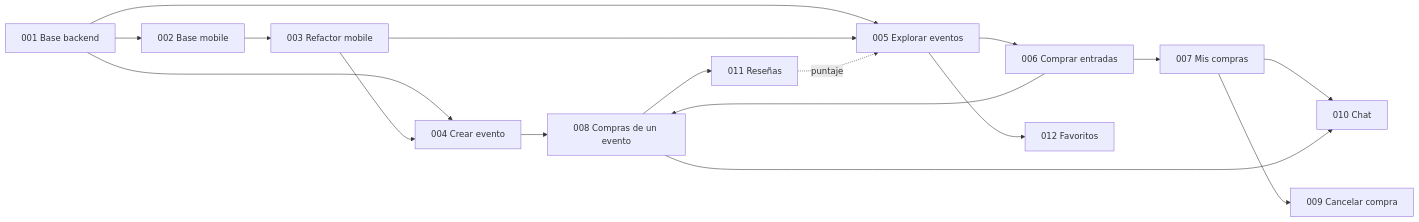
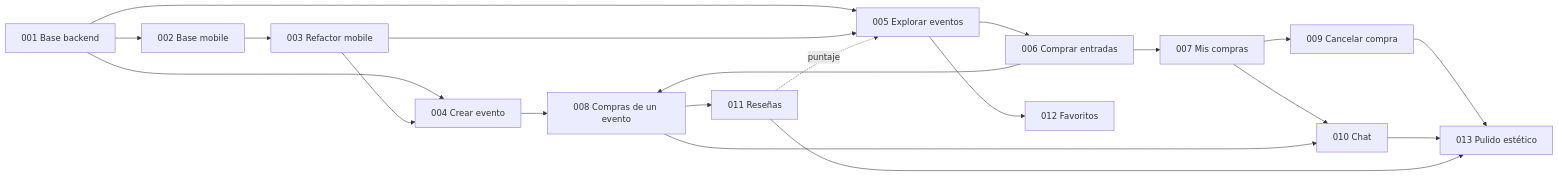
One commit to bdasilvabarata/ai-ticket-it changed the diagram in docs/backlog.md. Above: the diagram before and after it, drawn with Mermaid. The commit also changed other lines of this file and 1 other file, not shown here.

Commit message:
docs(003-refactor-mobile): cómo trabajar la estética de 004 en adelante
- Skill nueva-pantalla: boceto opcional en v0 (solo distribución, sin copiar
  código ni estilos), uso de primario/marca, colores de estados de compra con
  su etiqueta y el componente Logo; el pulido visual no va por pantalla.
- Backlog: feature 013 "Pulido estético" (P4), global en tema.ts y componentes
  base, después de que UC-01 a UC-12 funcionen de punta a punta.

````diff
--- a/docs/backlog.md
+++ b/docs/backlog.md
@@ -29,19 +30,22 @@
 ```mermaid
 graph LR
   F001[001 Base backend] --> F002[002 Base mobile]
   F002 --> F003[003 Refactor mobile]
   F001 --> F004[004 Crear evento]
   F003 --> F004
   F001 --> F005[005 Explorar eventos]
   F003 --> F005
   F005 --> F006[006 Comprar entradas]
   F006 --> F007[007 Mis compras]
   F004 --> F008[008 Compras de un evento]
   F006 --> F008
   F007 --> F009[009 Cancelar compra]
   F007 --> F010[010 Chat]
   F008 --> F010
   F008 --> F011[011 Reseñas]
   F011 -. puntaje .-> F005
   F005 --> F012[012 Favoritos]
+  F009 --> F013[013 Pulido estético]
+  F010 --> F013
+  F011 --> F013
 ```
````
